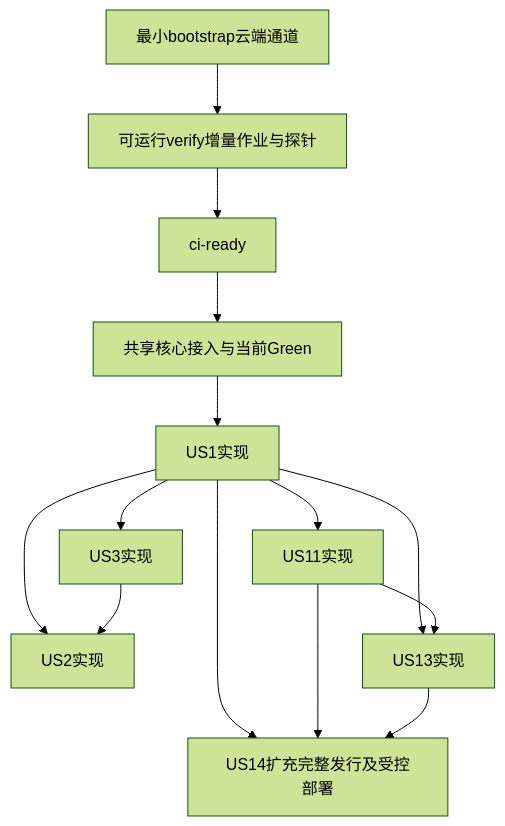
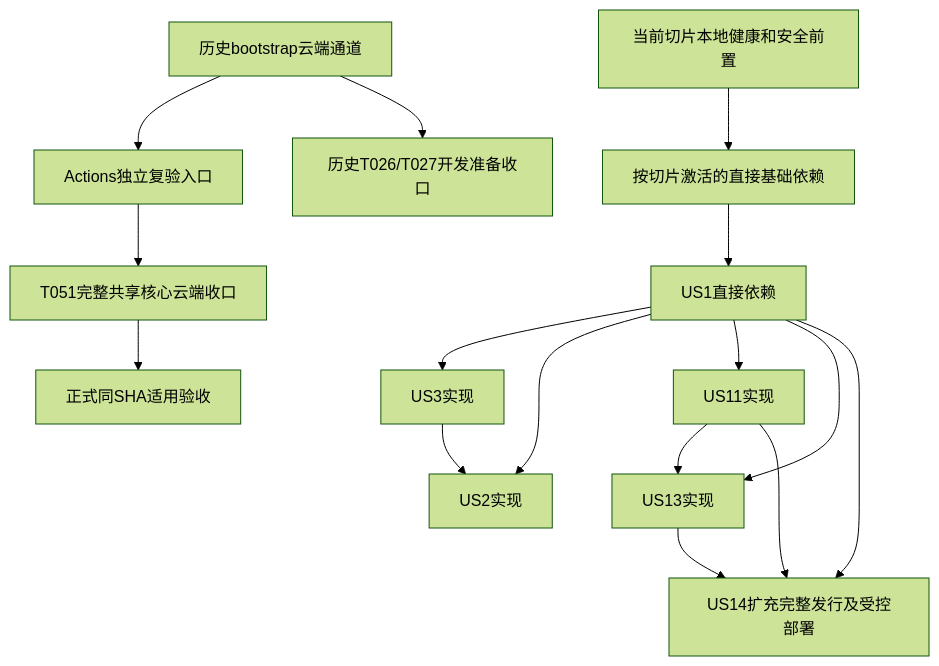
One commit to Self-Command/agora-weave changed the diagram in specs/001-agoraweave-v1/plan.md. Above: the diagram before and after it, drawn with Mermaid (forest theme). The commit also changed other lines of this file and 73 other files, not shown here.

````diff
--- a/specs/001-agoraweave-v1/plan.md
+++ b/specs/001-agoraweave-v1/plan.md
@@ -252,16 +213,18 @@
 ```mermaid
 flowchart TD
-  B[最小bootstrap云端通道] --> R[可运行verify增量作业与探针]
-  R --> C[ci-ready]
-  C --> F[共享核心接入与当前Green]
-  F --> US1[US1实现]
-  US1 --> US3[US3实现]
+  B[历史bootstrap云端通道] --> R[Actions独立复验入口]
+  B --> CI[历史T026/T027开发准备收口]
+  L[当前切片本地健康和安全前置] --> F[按切片激活的直接基础依赖]
+  R --> T051[T051完整共享核心云端收口]
+  F --> US1["US1直接依赖"]
+  US1 --> US3["US3实现"]
   US1 --> US2[US2实现]
-  US3 --> US2
+  US3 --> US2["US2实现"]
   US1 --> US11[US11实现]
   US1 --> US13[US13实现]
   US11 --> US13
   US1 --> US14[US14扩充完整发行及受控部署]
   US11 --> US14
   US13 --> US14
+  T051 --> V[正式同SHA适用验收]
 ```
````
